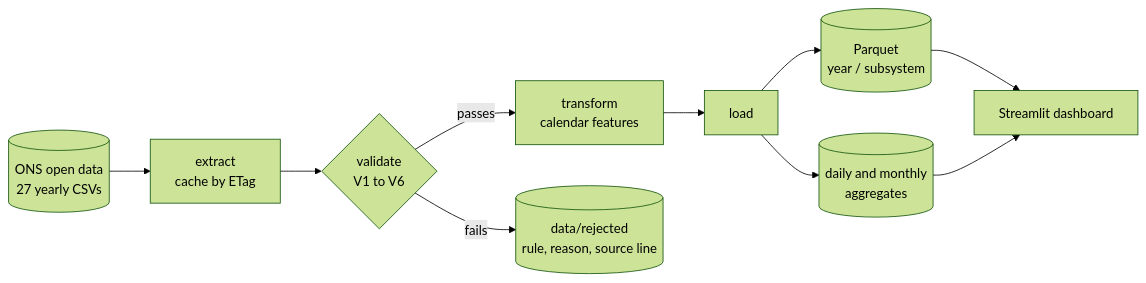
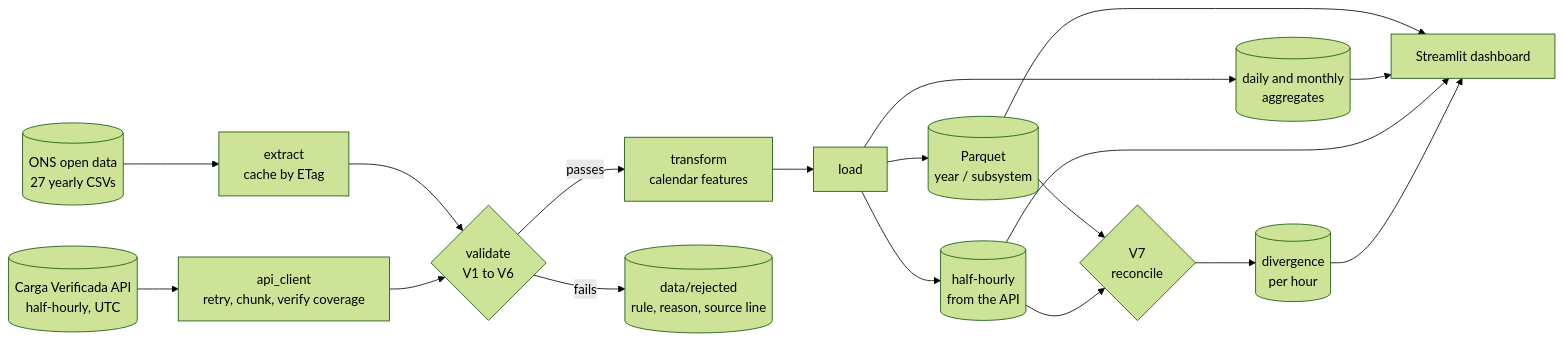
Before and after one commit to dev-gabrielferreira/energy-load-etl: the diagram in README.md, drawn with Mermaid (forest theme). The commit also changed other lines of this file and 16 other files, not shown here.

Commit message:
feat: fonte incremental via API de Carga Verificada, com reconciliacao V7

````diff
--- a/README.md
+++ b/README.md
@@ -31,12 +36,20 @@
 ```mermaid
 flowchart LR
     ONS[("ONS open data<br/>27 yearly CSVs")] --> E[extract<br/>cache by ETag]
+    API[("Carga Verificada API<br/>half-hourly, UTC")] --> C[api_client<br/>retry, chunk, verify coverage]
     E --> V{validate<br/>V1 to V6}
+    C --> V
     V -->|passes| T[transform<br/>calendar features]
     V -->|fails| R[("data/rejected<br/>rule, reason, source line")]
     T --> L[load]
     L --> P[("Parquet<br/>year / subsystem")]
     L --> A[("daily and monthly<br/>aggregates")]
+    L --> H[("half-hourly<br/>from the API")]
+    P --> W{V7<br/>reconcile}
+    H --> W
+    W --> RC[("divergence<br/>per hour")]
     P --> D[Streamlit dashboard]
     A --> D
+    H --> D
+    RC --> D
 ```
````
